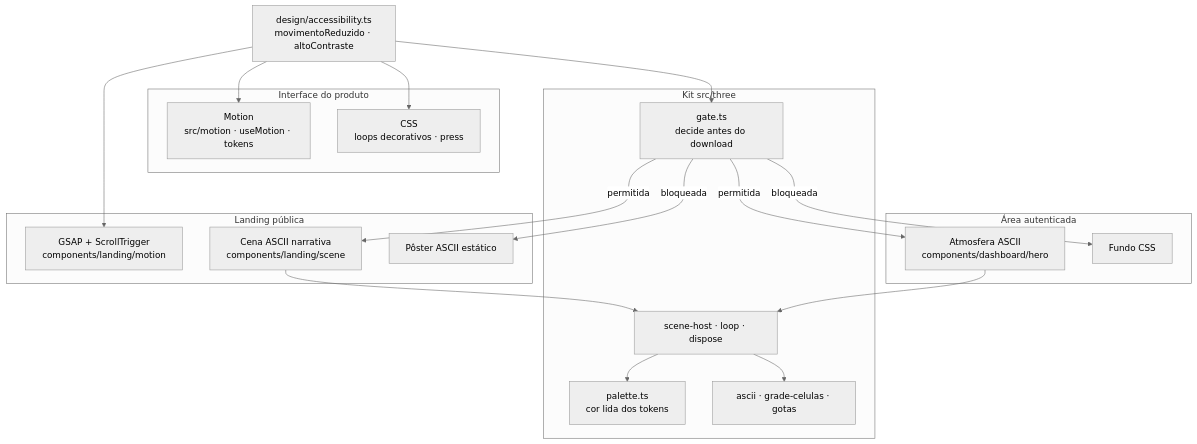
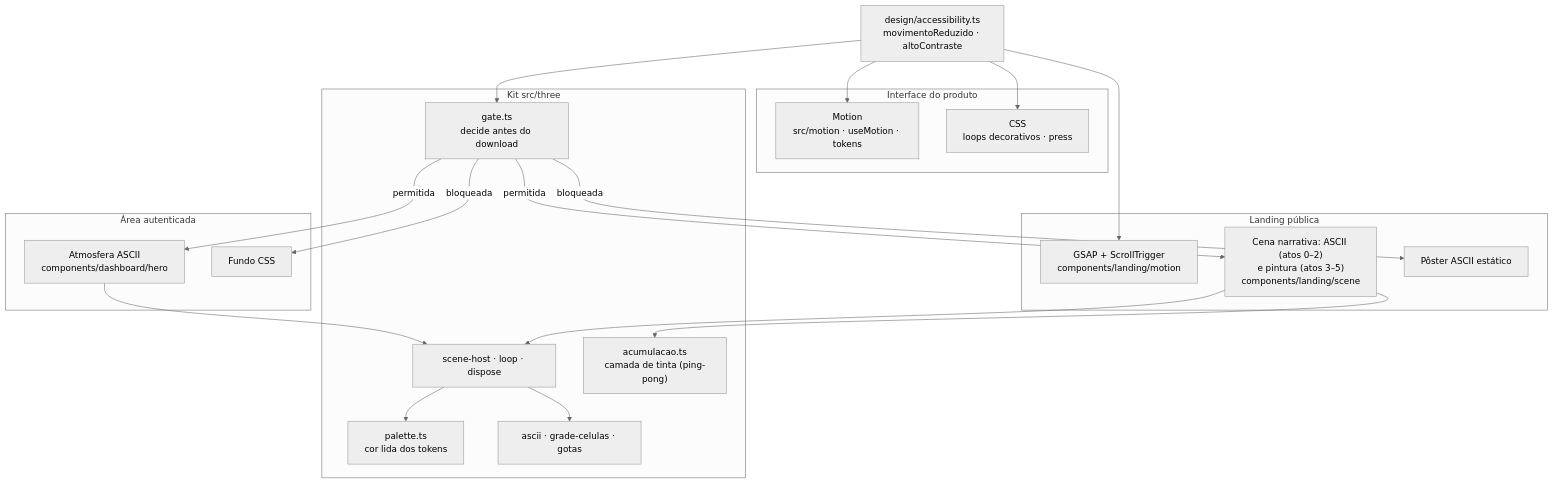
Before and after one commit to guimunizzz/Vulnera-TCC: the diagram in docs/FRONTEND_WEB.md, drawn with Mermaid (neutral theme). The commit also changed other lines of this file and 99 other files, not shown here.

````diff
--- a/docs/FRONTEND_WEB.md
+++ b/docs/FRONTEND_WEB.md
@@ -146,40 +146,42 @@
 ```mermaid
 flowchart TB
   pref["design/accessibility.ts<br/>movimentoReduzido · altoContraste"]
 
   subgraph produto["Interface do produto"]
     motion["Motion<br/>src/motion · useMotion · tokens"]
     css["CSS<br/>loops decorativos · press"]
   end
 
   subgraph landing["Landing pública"]
     gsap["GSAP + ScrollTrigger<br/>components/landing/motion"]
-    cena["Cena ASCII narrativa<br/>components/landing/scene"]
+    cena["Cena narrativa: ASCII (atos 0–2)<br/>e pintura (atos 3–5)<br/>components/landing/scene"]
     poster["Pôster ASCII estático"]
   end
 
   subgraph plataforma["Área autenticada"]
     atmos["Atmosfera ASCII<br/>components/dashboard/hero"]
     fundo["Fundo CSS"]
   end
 
   subgraph kit["Kit src/three"]
     gate["gate.ts<br/>decide antes do download"]
     host["scene-host · loop · dispose"]
     pal["palette.ts<br/>cor lida dos tokens"]
     ascii["ascii · grade-celulas · gotas"]
+    acum["acumulacao.ts<br/>camada de tinta (ping-pong)"]
   end
 
   pref --> motion
   pref --> css
   pref --> gsap
   pref --> gate
   gate -->|permitida| cena
   gate -->|permitida| atmos
   gate -->|bloqueada| poster
   gate -->|bloqueada| fundo
   cena --> host
   atmos --> host
   host --> pal
   host --> ascii
+  cena --> acum
 ```
````
